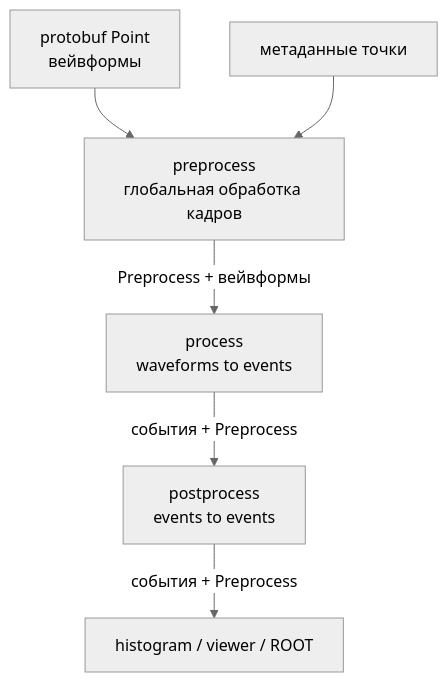
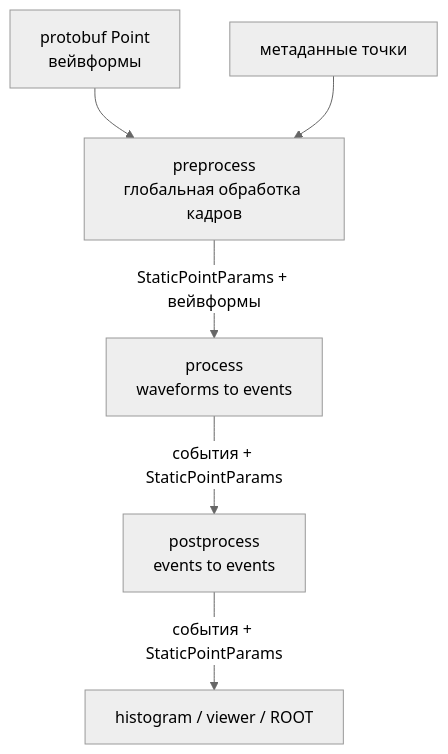
The diagram in docs/adr/0001-processing-pipeline-and-debug-rendering.md (kapot65/numass-rust), drawn with Mermaid (neutral theme) before and after one commit. The commit also changed other lines of this file and 13 other files, not shown here.

First line of the commit message:
refactor: rename Preprocess struct to StaticPointParams

````diff
--- a/docs/adr/0001-processing-pipeline-and-debug-rendering.md
+++ b/docs/adr/0001-processing-pipeline-and-debug-rendering.md
@@ -30,8 +30,8 @@
 ```mermaid
 flowchart TD
     A[protobuf Point<br/>вейвформы] --> B[preprocess<br/>глобальная обработка кадров]
     A1[метаданные точки] --> B
-    B -->|Preprocess + вейвформы| C[process<br/>waveforms to events]
-    C -->|события + Preprocess| D[postprocess<br/>events to events]
-    D -->|события + Preprocess| E[histogram / viewer / ROOT]
+    B -->|StaticPointParams + вейвформы| C[process<br/>waveforms to events]
+    C -->|события + StaticPointParams| D[postprocess<br/>events to events]
+    D -->|события + StaticPointParams| E[histogram / viewer / ROOT]
 ```
````
